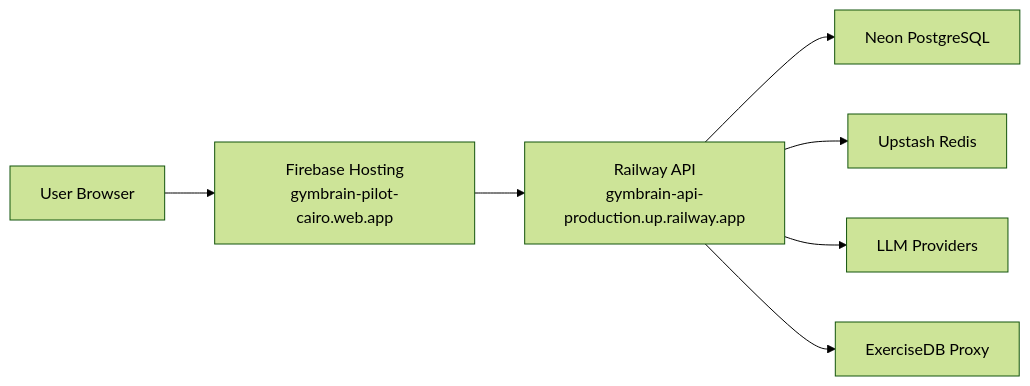
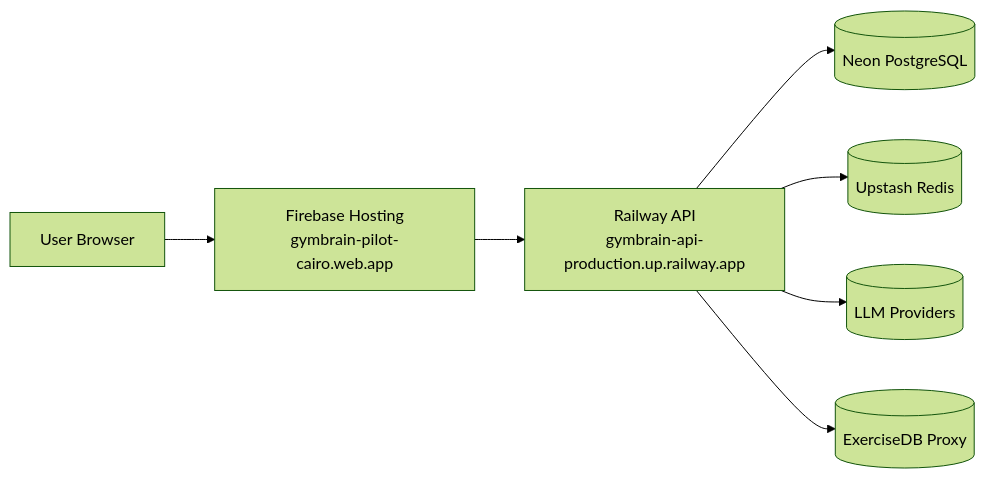
Before and after one commit to csa7mdm/GymBrain: the second of 3 diagrams in README.md, drawn with Mermaid (forest theme). The commit also changed other lines of this file, not shown here.

Commit message:
docs: update README with latest architectural improvements, Result pattern, caching, vertical slices, testing, CI/CD, IaC, and ADRs

````diff
--- a/README.md
+++ b/README.md
@@ -118,9 +123,9 @@
 ```mermaid
 graph LR
     USER["User Browser"] --> FIREBASE["Firebase Hosting<br/>gymbrain-pilot-cairo.web.app"]
     FIREBASE --> RAILWAY["Railway API<br/>gymbrain-api-production.up.railway.app"]
-    RAILWAY --> NEON["Neon PostgreSQL"]
-    RAILWAY --> UPSTASH["Upstash Redis"]
-    RAILWAY --> PROVIDERS["LLM Providers"]
-    RAILWAY --> EXERCISEDB["ExerciseDB Proxy"]
+    RAILWAY --> NEON[("Neon PostgreSQL")]
+    RAILWAY --> UPSTASH[("Upstash Redis")]
+    RAILWAY --> PROVIDERS[("LLM Providers")]
+    RAILWAY --> EXERCISEDB[("ExerciseDB Proxy")]
 ```
````
